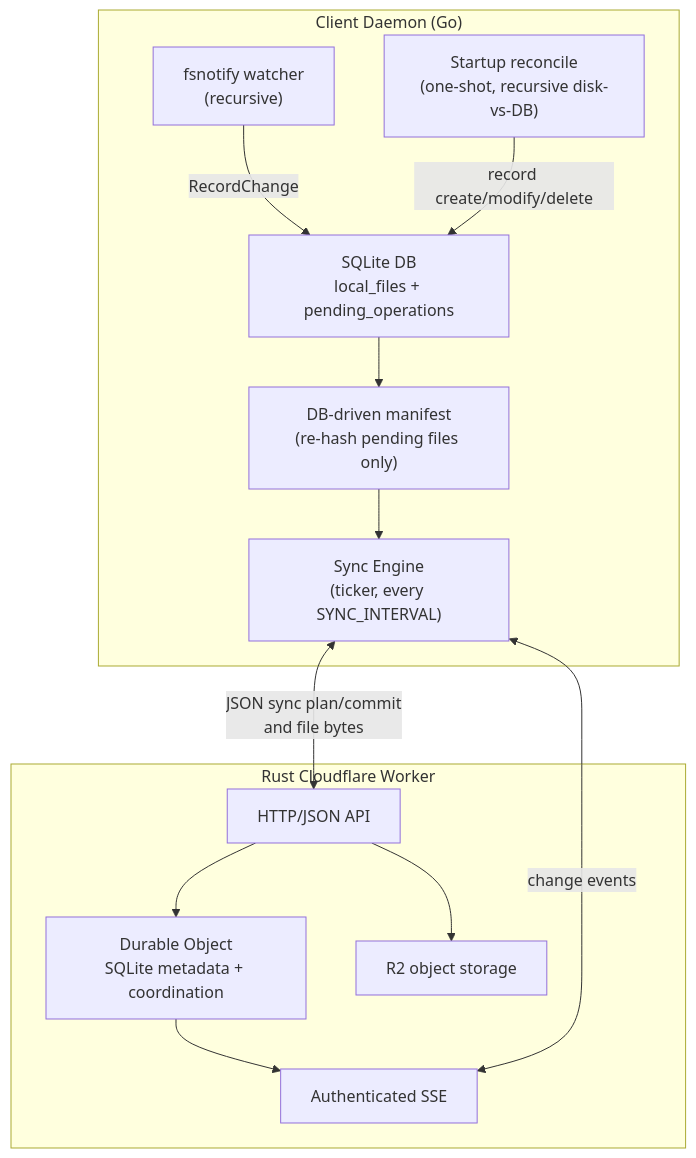
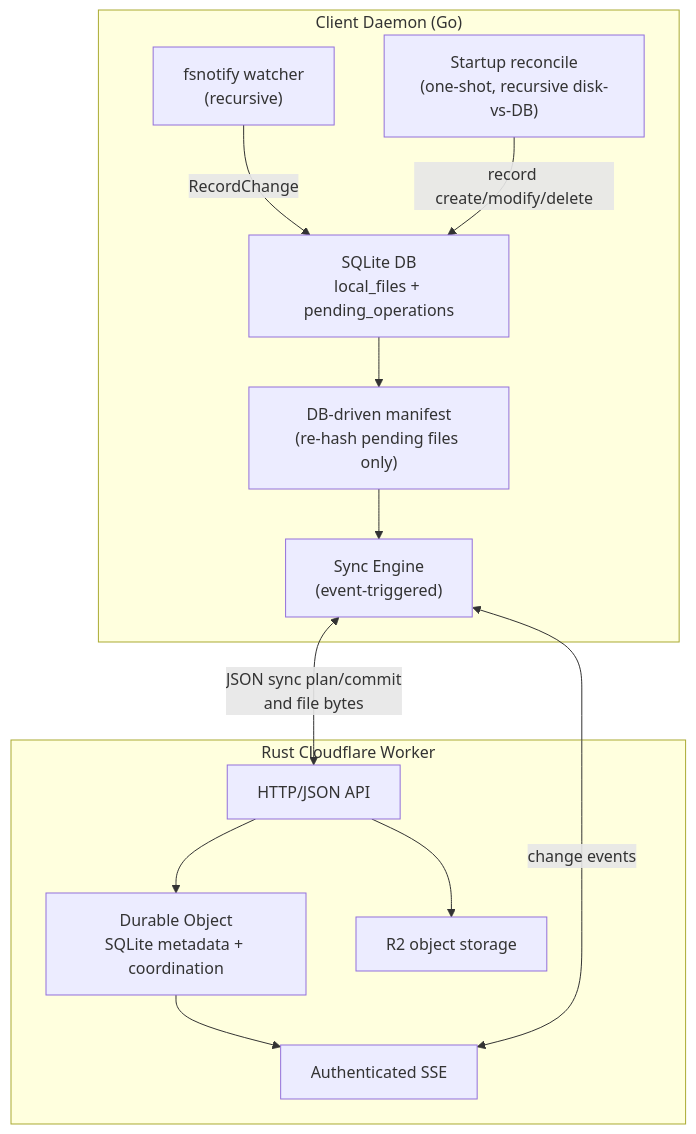
The diagram in README.md (ShivangNagta/data_sync), drawn with Mermaid before and after one commit. The commit also changed 3 other files, not shown here.

````diff
--- a/README.md
+++ b/README.md
@@ -8,29 +8,29 @@
 ```mermaid
 flowchart TB
     subgraph Client["Client Daemon (Go)"]
         Watcher["fsnotify watcher<br/>(recursive)"]
         Reconcile["Startup reconcile<br/>(one-shot, recursive disk-vs-DB)"]
         LocalDB["SQLite DB<br/>local_files + pending_operations"]
         Manifest["DB-driven manifest<br/>(re-hash pending files only)"]
-        SyncEngine["Sync Engine<br/>(ticker, every SYNC_INTERVAL)"]
+        SyncEngine["Sync Engine<br/>(event-triggered)"]
 
         Watcher -->|"RecordChange"| LocalDB
         Reconcile -->|"record create/modify/delete"| LocalDB
         LocalDB --> Manifest
         Manifest --> SyncEngine
     end
 
     subgraph Worker["Rust Cloudflare Worker"]
         API["HTTP/JSON API"]
         DurableObject["Durable Object<br/>SQLite metadata + coordination"]
         R2Client["R2 object storage"]
         Events["Authenticated SSE"]
 
         API --> DurableObject
         API --> R2Client
         DurableObject --> Events
     end
 
     SyncEngine <-->|"JSON sync plan/commit<br/>and file bytes"| API
     SyncEngine <-->|"change events"| Events
 ```
````
